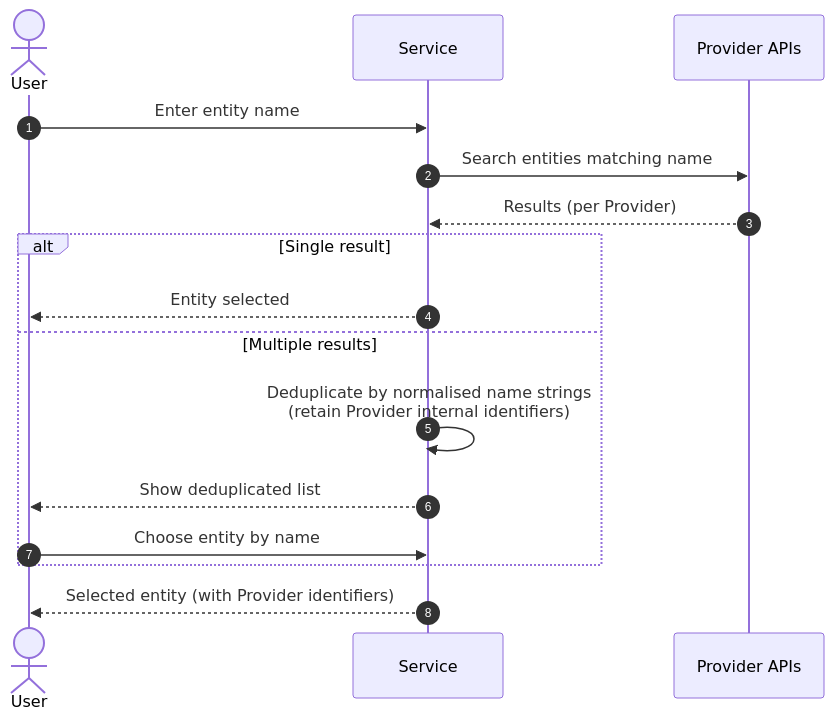
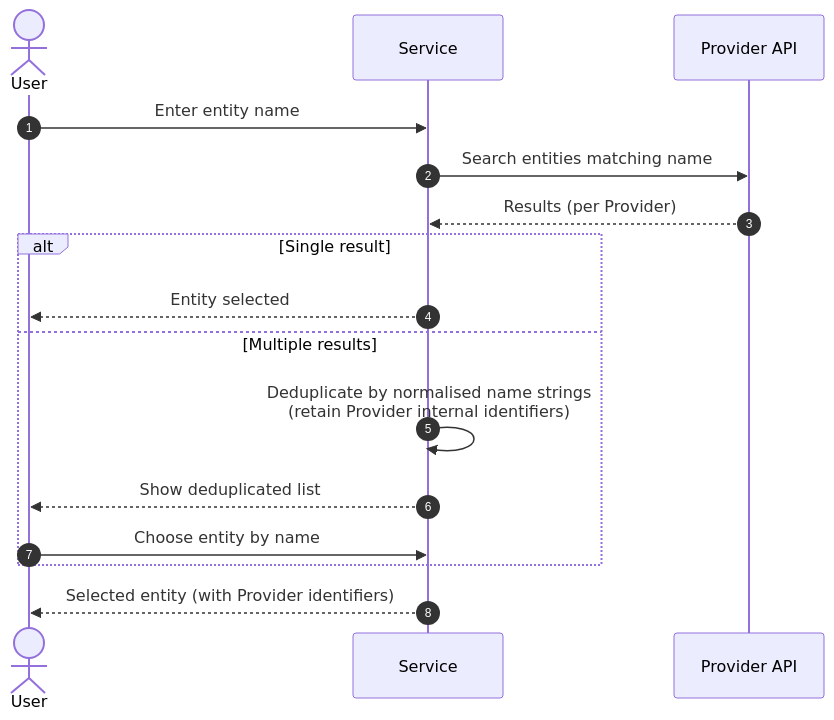
Before and after one commit to esaounkine/uop-thesis: the second of 8 diagrams in docs/system-design.md, drawn with Mermaid. The commit also changed other lines of this file, not shown here.

Commit message:
[docs] Add provider connector diagram

````diff
--- a/docs/system-design.md
+++ b/docs/system-design.md
@@ -98,21 +98,21 @@
 ```mermaid
 sequenceDiagram
   autonumber
   actor User
   participant S as Service
-  participant P as Provider APIs
+  participant P as Provider API
 
   User ->> S: Enter entity name
   S ->> P: Search entities matching name
   P -->> S: Results (per Provider)
 
   alt Single result
     S -->> User: Entity selected
   else Multiple results
     S ->> S: Deduplicate by normalised name strings<br/>(retain Provider internal identifiers)
     S -->> User: Show deduplicated list
     User ->> S: Choose entity by name
   end
 
   S -->> User: Selected entity (with Provider identifiers)
 ```
````
